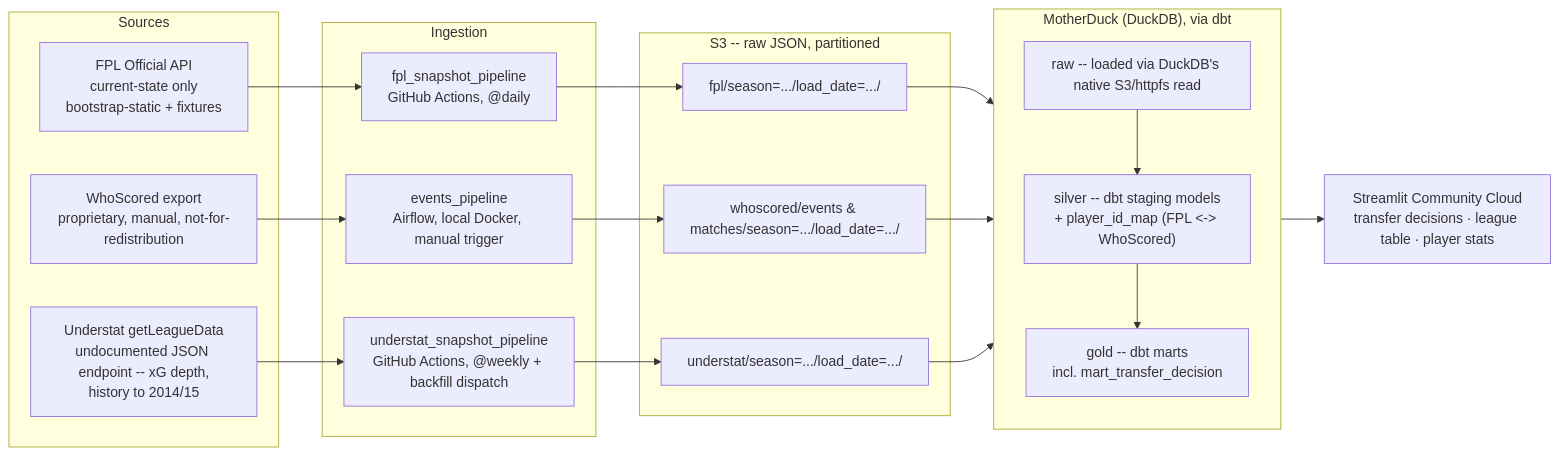
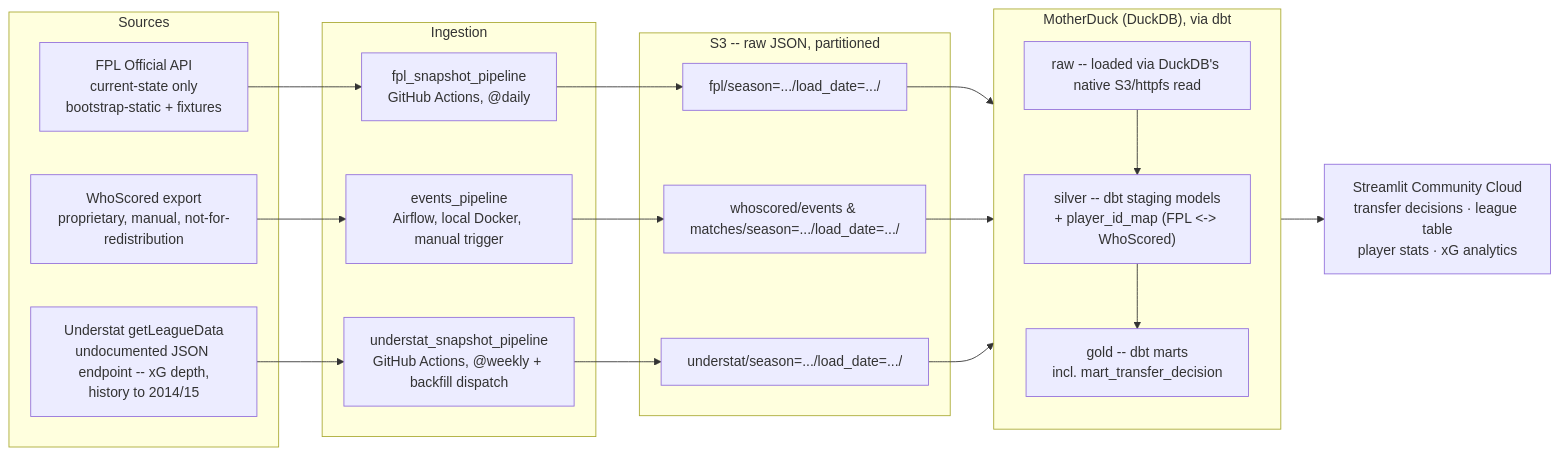
The diagram in docs/architecture.md (liban-osman/premier-league), drawn with Mermaid before and after one commit. The commit also changed other lines of this file and 3 other files, not shown here.

````diff
--- a/docs/architecture.md
+++ b/docs/architecture.md
@@ -10,32 +10,32 @@
 ```mermaid
 flowchart LR
     subgraph Sources
         FPL["FPL Official API<br/>current-state only<br/>bootstrap-static + fixtures"]
         WS["WhoScored export<br/>proprietary, manual, not-for-redistribution"]
         US["Understat getLeagueData<br/>undocumented JSON endpoint -- xG depth,<br/>history to 2014/15"]
     end
 
     subgraph Ingestion["Ingestion"]
         FPL_TASK["fpl_snapshot_pipeline<br/>GitHub Actions, @daily"]
         WS_TASK["events_pipeline<br/>Airflow, local Docker, manual trigger"]
         US_TASK["understat_snapshot_pipeline<br/>GitHub Actions, @weekly + backfill dispatch"]
     end
 
     subgraph Landing["S3 -- raw JSON, partitioned"]
         S3_FPL["fpl/season=.../load_date=.../"]
         S3_WS["whoscored/events & matches/season=.../load_date=.../"]
         S3_US["understat/season=.../load_date=.../"]
     end
 
     subgraph Warehouse["MotherDuck (DuckDB), via dbt"]
         direction TB
         RAW["raw -- loaded via DuckDB's native S3/httpfs read"] --> SILVER["silver -- dbt staging models<br/>+ player_id_map (FPL <-> WhoScored)"] --> GOLD["gold -- dbt marts<br/>incl. mart_transfer_decision"]
     end
 
-    Consumption["Streamlit Community Cloud<br/>transfer decisions · league table · player stats"]
+    Consumption["Streamlit Community Cloud<br/>transfer decisions · league table<br/>player stats · xG analytics"]
 
     FPL --> FPL_TASK --> S3_FPL --> RAW
     WS --> WS_TASK --> S3_WS --> RAW
     US --> US_TASK --> S3_US --> RAW
     GOLD --> Consumption
 ```
````
